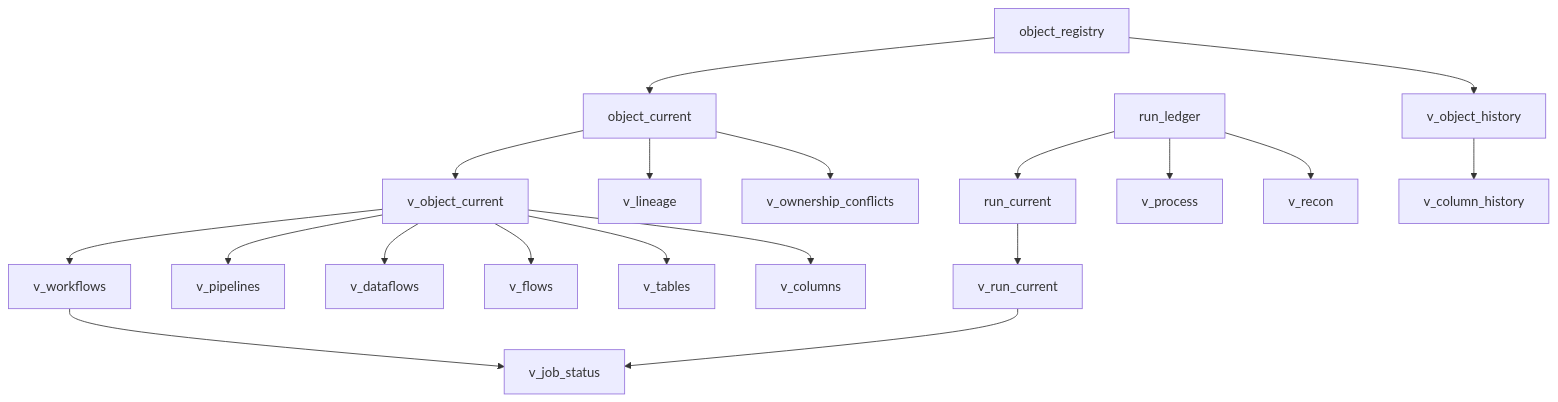
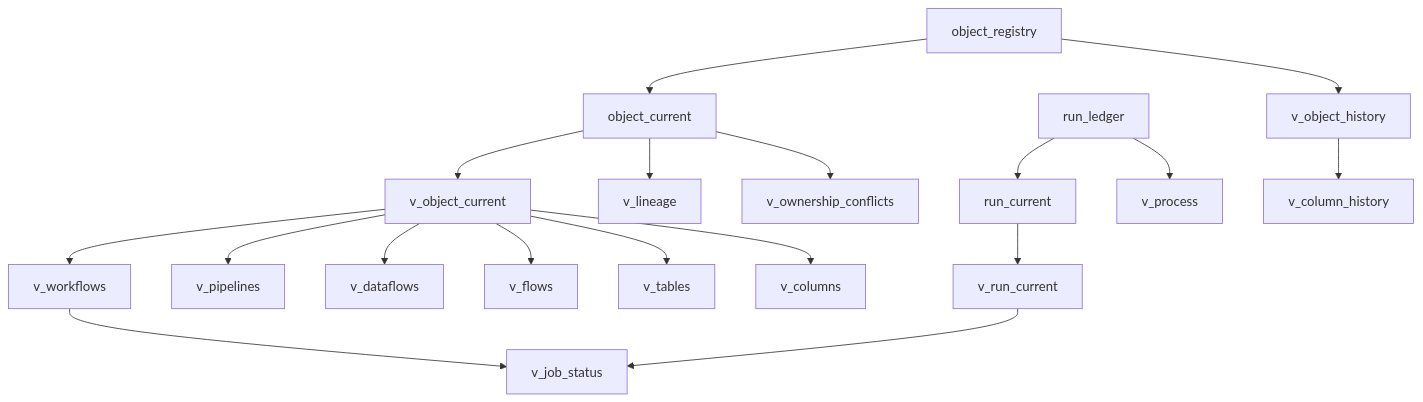
Before and after one commit to NitinKeshavB/framework: the fourth of 4 diagrams in framework_docs/ARCHITECTURE.md, drawn with Mermaid. The commit also changed other lines of this file and 22 other files, not shown here.

````diff
--- a/framework_docs/ARCHITECTURE.md
+++ b/framework_docs/ARCHITECTURE.md
@@ -121,25 +122,24 @@
 ```mermaid
 flowchart TD
   object_registry[object_registry]
   object_current[object_current]
   run_ledger[run_ledger]
   run_current[run_current]
   object_registry --> object_current
   object_registry --> v_object_history
   object_current --> v_object_current
   object_current --> v_lineage
   object_current --> v_ownership_conflicts
   v_object_current --> v_workflows
   v_object_current --> v_pipelines
   v_object_current --> v_dataflows
   v_object_current --> v_flows
   v_object_current --> v_tables
   v_object_current --> v_columns
   v_object_history --> v_column_history
   run_ledger --> run_current
   run_ledger --> v_process
-  run_ledger --> v_recon
   run_current --> v_run_current
   v_workflows --> v_job_status
   v_run_current --> v_job_status
 ```
````
